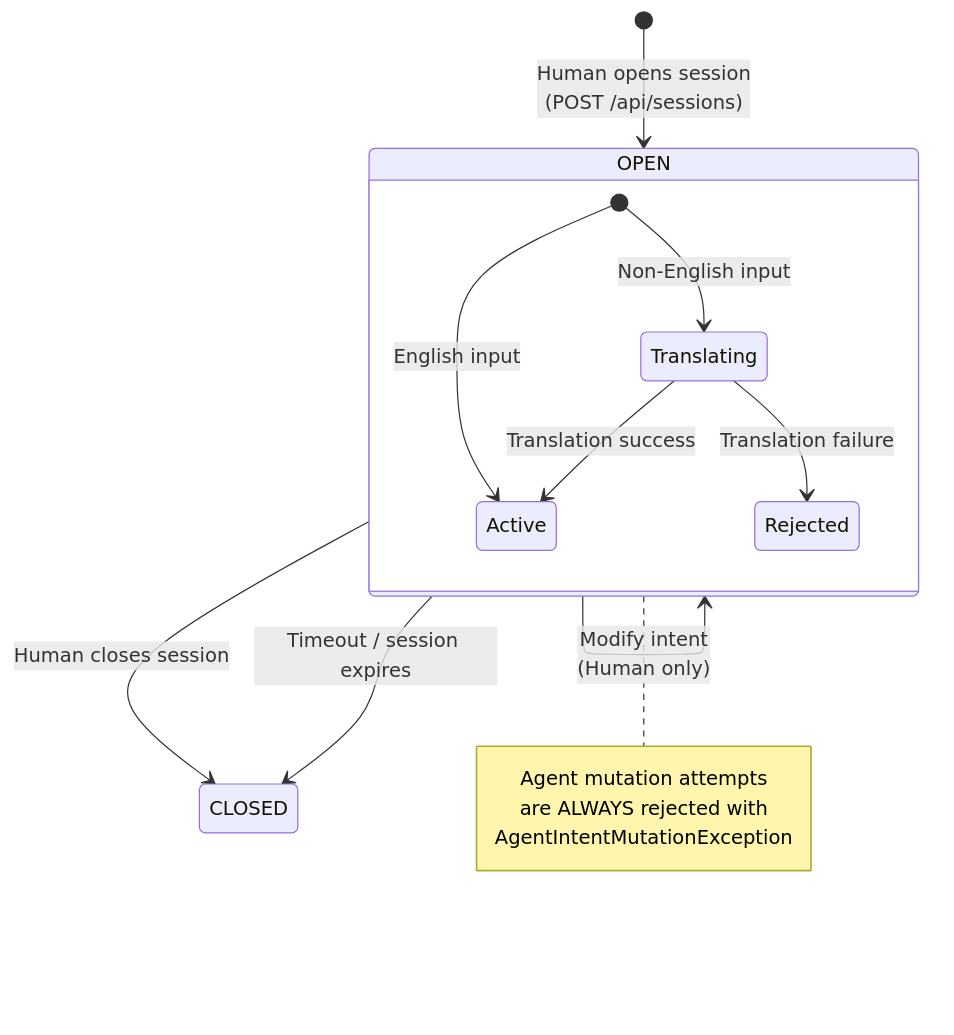
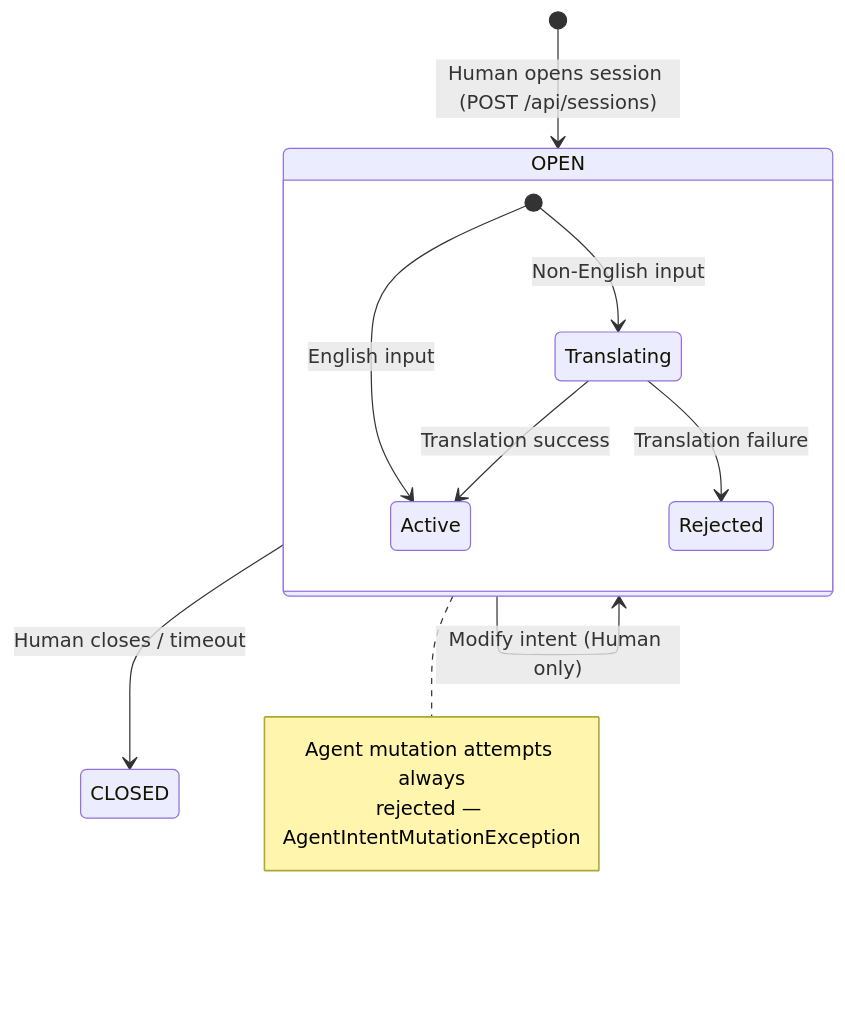
One commit to rachitGupta-ai/IntentGuard changed the ninth of 26 diagrams in docs/product-design-and-execution-flow.md. Above: the diagram before and after it, drawn with Mermaid. The commit also changed other lines of this file and 29 other files, not shown here.

````diff
--- a/docs/product-design-and-execution-flow.md
+++ b/docs/product-design-and-execution-flow.md
@@ -327,20 +412,18 @@
 ```mermaid
 stateDiagram-v2
-    [*] --> OPEN: Human opens session<br/>(POST /api/sessions)
-    OPEN --> OPEN: Modify intent<br/>(Human only)
-    OPEN --> CLOSED: Human closes session
-    OPEN --> CLOSED: Timeout / session expires
+    [*] --> OPEN: Human opens session (POST /api/sessions)
+    OPEN --> OPEN: Modify intent (Human only)
+    OPEN --> CLOSED: Human closes / timeout
 
     state OPEN {
         [*] --> Translating: Non-English input
         [*] --> Active: English input
         Translating --> Active: Translation success
         Translating --> Rejected: Translation failure
     }
 
     note right of OPEN
-        Agent mutation attempts
-        are ALWAYS rejected with
-        AgentIntentMutationException
+        Agent mutation attempts always
+        rejected — AgentIntentMutationException
     end note
 ```
````
